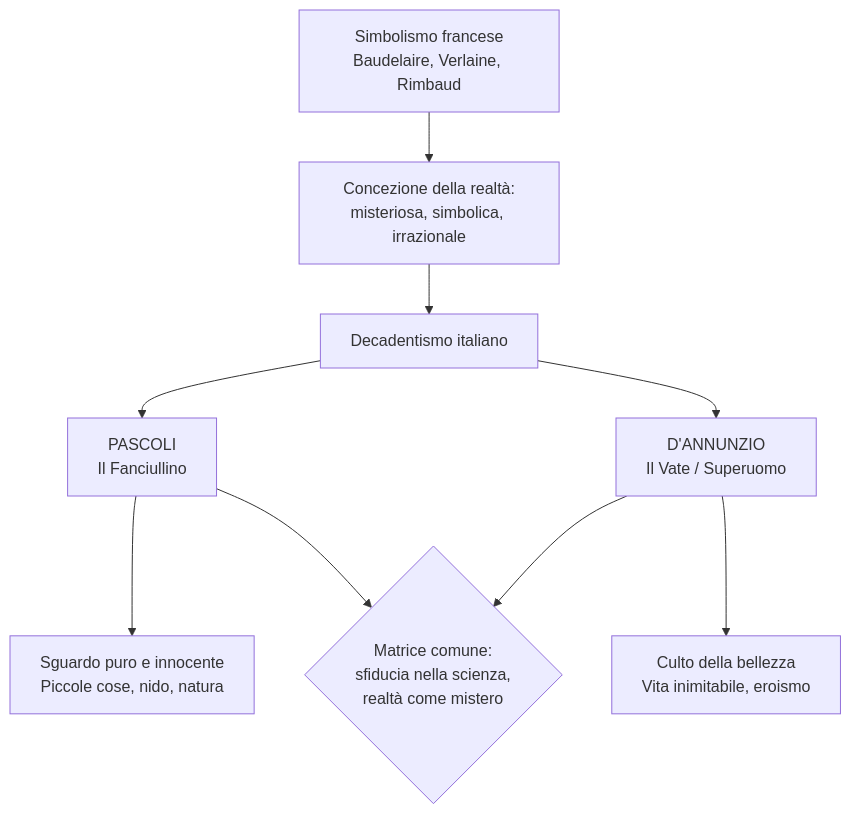
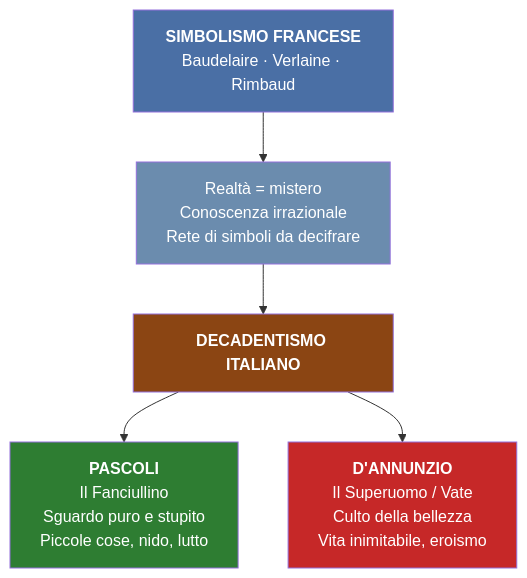
One commit to riccardo-algorime/appunti-5Bsa changed the first of 2 diagrams in esame/italiano/italiano(appunti-studio-anno)/pascoli/pascoli-riassunto.md. Above: the diagram before and after it, drawn with Mermaid. The commit also changed other lines of this file and 6 other files, not shown here.

````diff
--- a/esame/italiano/italiano(appunti-studio-anno)/pascoli/pascoli-riassunto.md
+++ b/esame/italiano/italiano(appunti-studio-anno)/pascoli/pascoli-riassunto.md
@@ -34,11 +32,13 @@
 ```mermaid
-flowchart TD
-    A[Simbolismo francese<br/>Baudelaire, Verlaine, Rimbaud] --> B[Concezione della realtà:<br/>misteriosa, simbolica, irrazionale]
-    B --> C[Decadentismo italiano]
-    C --> D[PASCOLI<br/>Il Fanciullino]
-    C --> E[D'ANNUNZIO<br/>Il Vate / Superuomo]
-    D --> F[Sguardo puro e innocente<br/>Piccole cose, nido, natura]
-    E --> G[Culto della bellezza<br/>Vita inimitabile, eroismo]
-    D --> H{Matrice comune:<br/>sfiducia nella scienza,<br/>realtà come mistero}
-    E --> H
+graph TD
+    A["<b>SIMBOLISMO FRANCESE</b><br/>Baudelaire · Verlaine · Rimbaud"] --> B["Realtà = mistero<br/>Conoscenza irrazionale<br/>Rete di simboli da decifrare"]
+    B --> C["<b>DECADENTISMO ITALIANO</b>"]
+    C --> D["<b>PASCOLI</b><br/>Il Fanciullino<br/>Sguardo puro e stupito<br/>Piccole cose, nido, lutto"]
+    C --> E["<b>D'ANNUNZIO</b><br/>Il Superuomo / Vate<br/>Culto della bellezza<br/>Vita inimitabile, eroismo"]
+    
+    style A fill:#4a6fa5,color:#fff
+    style B fill:#6b8cae,color:#fff
+    style C fill:#8b4513,color:#fff
+    style D fill:#2e7d32,color:#fff
+    style E fill:#c62828,color:#fff
 ```
````
